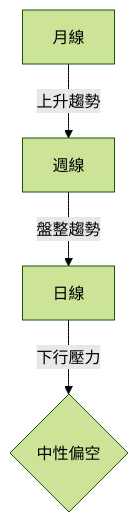
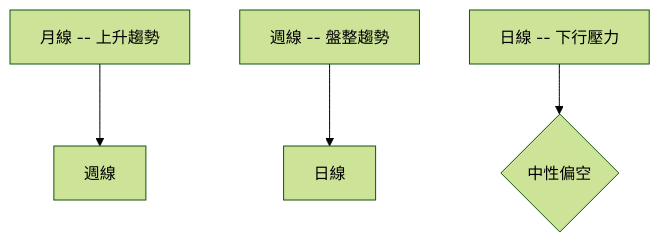
One commit to yennanliu/finance_data changed the second of 10 diagrams in ai_gen_report/stock/2330.tw/technical_analysis_2026-04-05_openai.md. Above: the diagram before and after it, drawn with Mermaid (forest theme). The commit also changed other lines of this file and 2258 other files, not shown here.

First line of the commit message:
chore: backfill Mermaid syntax repair across existing reports

````diff
--- a/ai_gen_report/stock/2330.tw/technical_analysis_2026-04-05_openai.md
+++ b/ai_gen_report/stock/2330.tw/technical_analysis_2026-04-05_openai.md
@@ -92,7 +92,7 @@
 ```mermaid
 graph TD
-    月線 -- 上升趨勢 --> 週線
-    週線 -- 盤整趨勢 --> 日線
-    日線 -- 下行壓力 --> 綜合評級
+    nb1["月線 -- 上升趨勢"] --> 週線
+    nb2["週線 -- 盤整趨勢"] --> 日線
+    nb3["日線 -- 下行壓力"] --> 綜合評級
     綜合評級{"中性偏空"}
 ```
````
